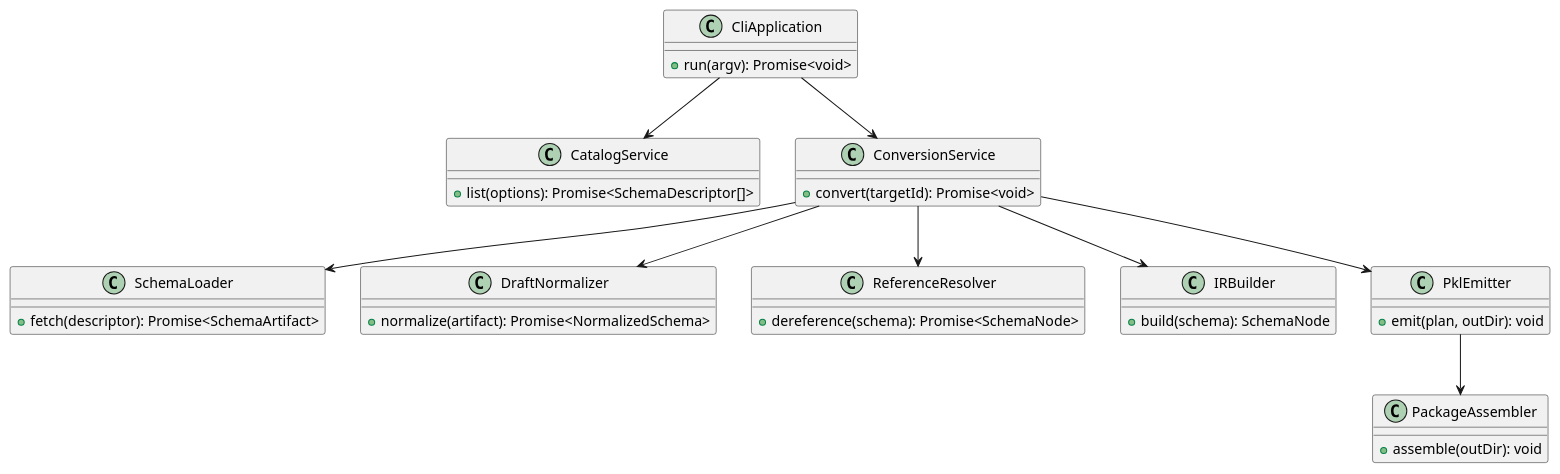
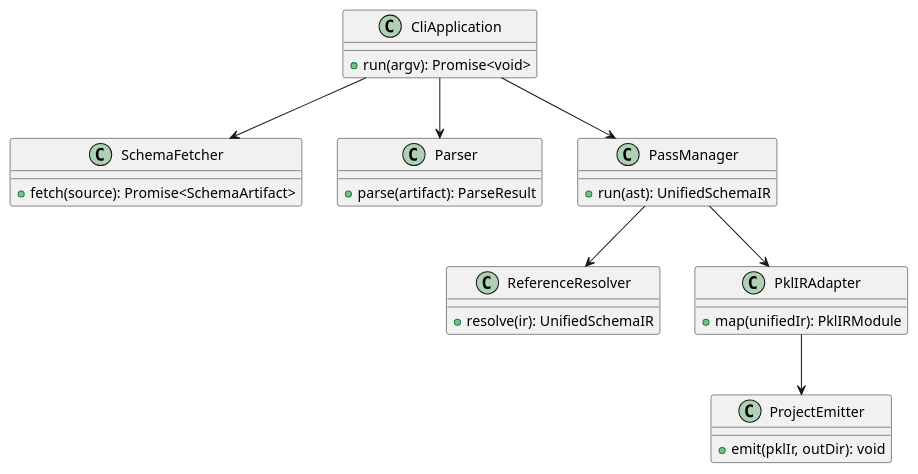
Before and after one commit to hcoona/schemastore-pkl: the first of 2 diagrams in doc/design/json-schema-to-pkl.md, drawn with PlantUML. The commit also changed other lines of this file, not shown here.

````diff
--- a/doc/design/json-schema-to-pkl.md
+++ b/doc/design/json-schema-to-pkl.md
@@ -240,48 +249,38 @@
 ```plantuml
 @startuml
 class CliApplication {
   +run(argv): Promise<void>
 }
 
-class CatalogService {
-  +list(options): Promise<SchemaDescriptor[]>
+class SchemaFetcher {
+  +fetch(source): Promise<SchemaArtifact>
 }
 
-class ConversionService {
-  +convert(targetId): Promise<void>
+class Parser {
+  +parse(artifact): ParseResult
 }
 
-class SchemaLoader {
-  +fetch(descriptor): Promise<SchemaArtifact>
-}
-
-class DraftNormalizer {
-  +normalize(artifact): Promise<NormalizedSchema>
+class PassManager {
+  +run(ast): UnifiedSchemaIR
 }
 
 class ReferenceResolver {
-  +dereference(schema): Promise<SchemaNode>
+  +resolve(ir): UnifiedSchemaIR
 }
 
-class IRBuilder {
-  +build(schema): SchemaNode
+class PklIRAdapter {
+  +map(unifiedIr): PklIRModule
 }
 
-class PklEmitter {
-  +emit(plan, outDir): void
+class ProjectEmitter {
+  +emit(pklIr, outDir): void
 }
 
-class PackageAssembler {
-  +assemble(outDir): void
-}
-
-CliApplication --> CatalogService
-CliApplication --> ConversionService
-ConversionService --> SchemaLoader
-ConversionService --> DraftNormalizer
-ConversionService --> ReferenceResolver
-ConversionService --> IRBuilder
-ConversionService --> PklEmitter
-PklEmitter --> PackageAssembler
+CliApplication --> SchemaFetcher
+CliApplication --> Parser
+CliApplication --> PassManager
+PassManager --> ReferenceResolver
+PassManager --> PklIRAdapter
+PklIRAdapter --> ProjectEmitter
 @enduml
 ```
````
